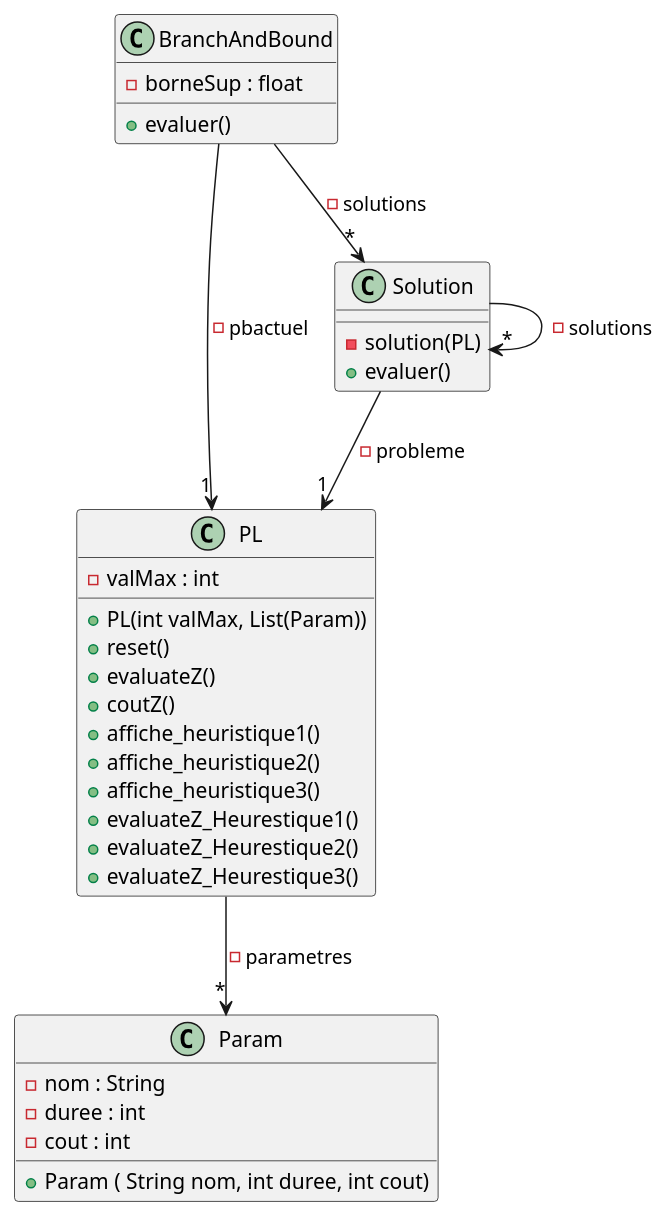
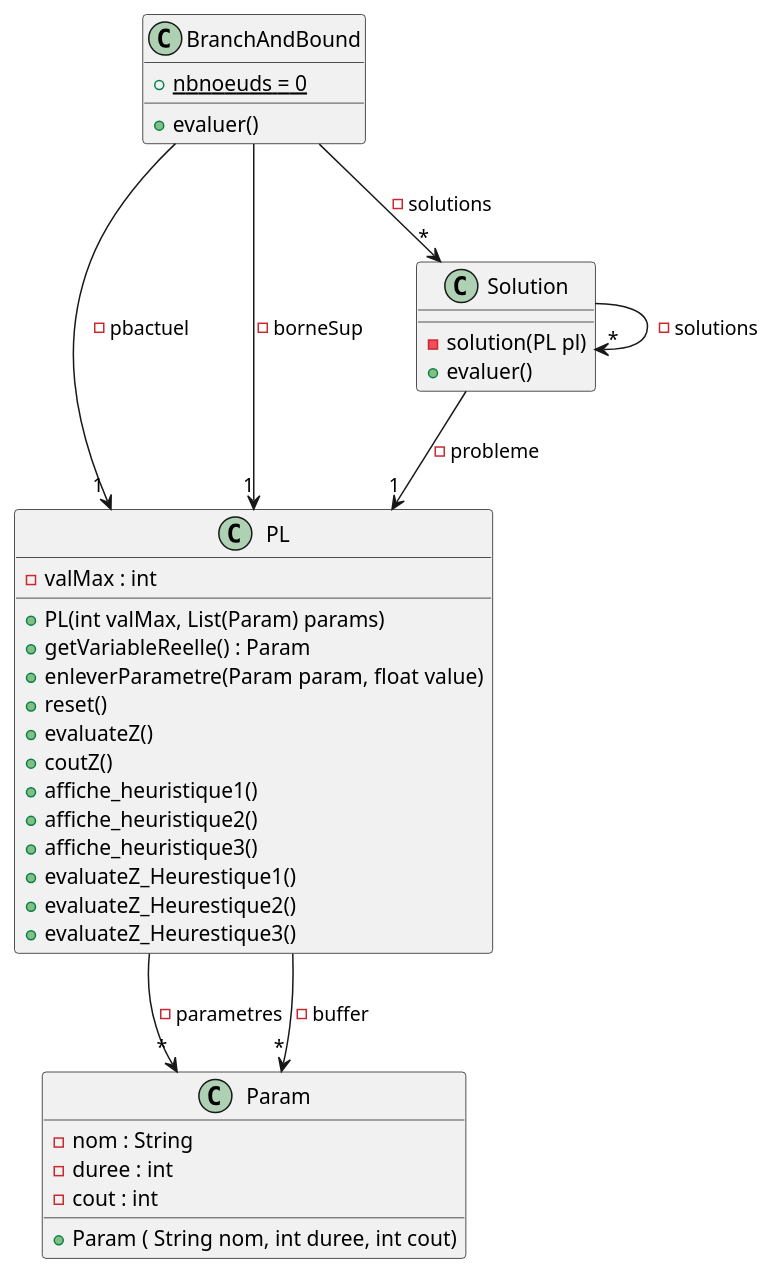
Before and after one commit to Reynault/Optimisation: the diagram in classes.puml, drawn with PlantUML. The commit also changed 2 other files, not shown here.

Commit message:
Modification du diagramme de classes et ajout des screenshots dans le rapport

```diff
--- a/classes.puml
+++ b/classes.puml
@@ -1,42 +1,46 @@
 @startuml
 
 class PL{
     - valMax : int
-    + PL(int valMax, List(Param))
+    + PL(int valMax, List(Param) params)
+    + getVariableReelle() : Param
+    + enleverParametre(Param param, float value)
     + reset()
     + evaluateZ()
     + coutZ()
     + affiche_heuristique1()
     + affiche_heuristique2()
     + affiche_heuristique3()
     + evaluateZ_Heurestique1()
     + evaluateZ_Heurestique2()
     + evaluateZ_Heurestique3()
 }
 
 class Param{
     - nom : String
     - duree : int
     - cout : int
     + Param ( String nom, int duree, int cout)
 }
  
 class BranchAndBound{
-    - borneSup : float
+    + {static} nbnoeuds = 0
     + evaluer()
 }
 
 class Solution{
-    - solution(PL)
+    - solution(PL pl)
     + evaluer()
 }
 
 PL  --> "*" Param : - parametres
+PL --> "*" Param : - buffer
 
 BranchAndBound --> "*" Solution : - solutions
 BranchAndBound --> "1" PL : - pbactuel
+BranchAndBound --> "1" PL : - borneSup
 
 Solution --> "1" PL : - probleme
 Solution --> "*" Solution : - solutions
 
 @enduml
```
